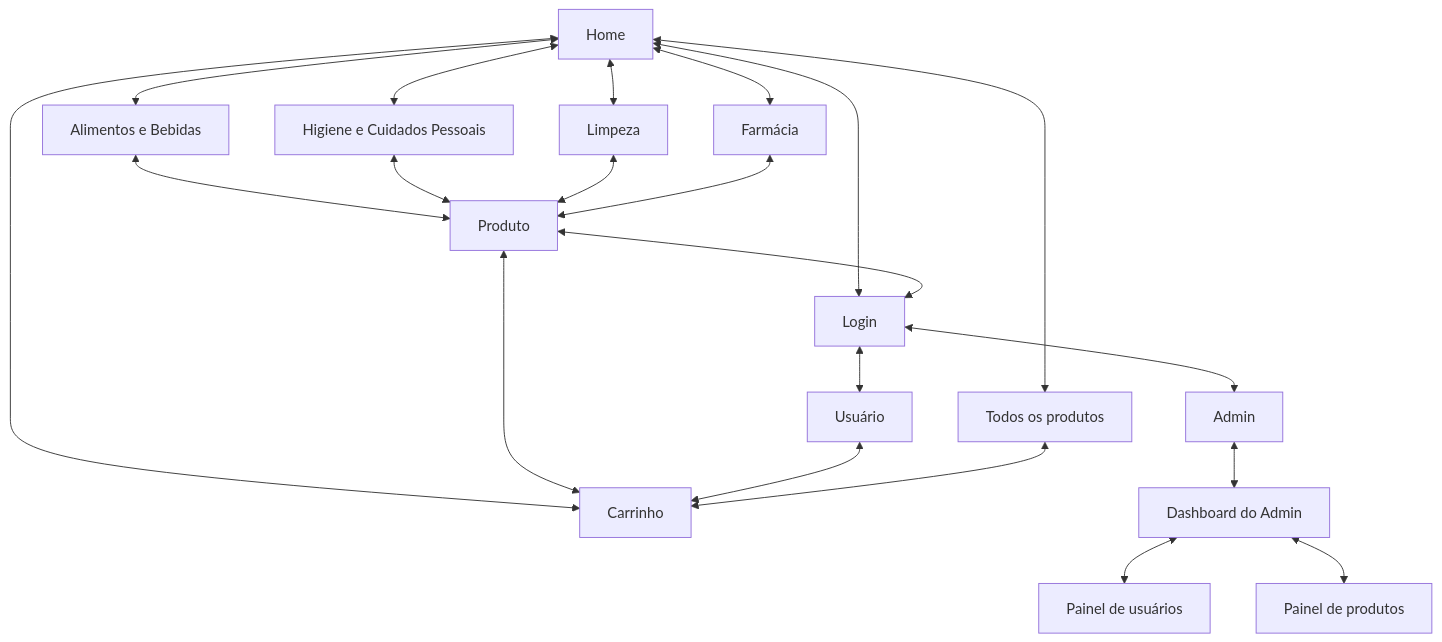
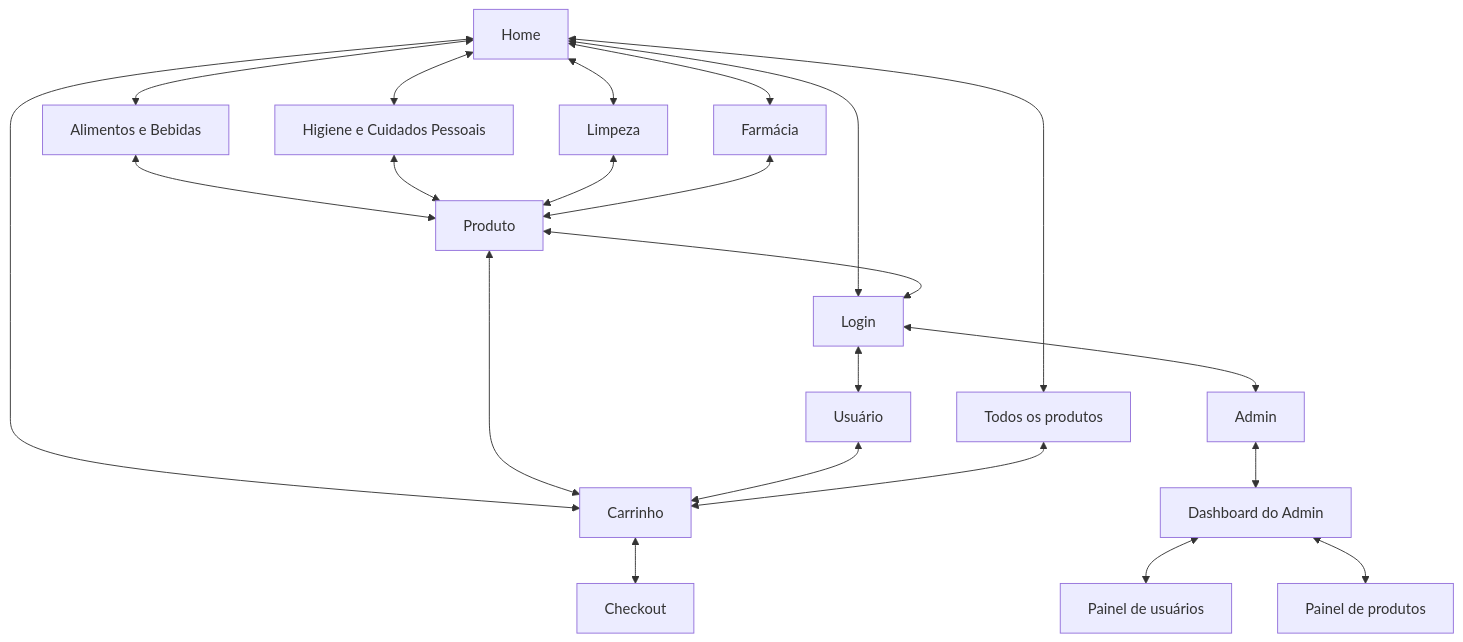
The diagram in README.md (joaopgodoy/online_store_project), drawn with Mermaid before and after one commit.

Commit message:
NEW: diagram checkout

````diff
--- a/README.md
+++ b/README.md
@@ -50,59 +50,61 @@
 ```mermaid
 graph TD
   Home[Home]
   Alimentos[Alimentos e Bebidas]
   Higiene[Higiene e Cuidados Pessoais]
   Limpeza[Limpeza]
   Farmacia[Farmácia]
   Produto[Produto]
   Carrinho[Carrinho]
   Login[Login]
   Usuario[Usuário]
   Admin[Admin]
   Dashboard[Dashboard do Admin]
   PainelUsuarios[Painel de usuários]
   PainelProdutos[Painel de produtos]
   TodosProdutos[Todos os produtos]
+  Checkout[Checkout]
 
   %% Ligações
   Home <--> Alimentos
   Home <--> Higiene
   Home <--> Limpeza
   Home <--> Farmacia
   Home <--> Carrinho
   Home <--> Login
   Home <--> TodosProdutos
 
   Alimentos <--> Produto
   Higiene <--> Produto
   Limpeza <--> Produto
   Farmacia <--> Produto
 
   Produto <--> Carrinho
   Produto <--> Login
 
   Login <--> Usuario
   Usuario <--> Carrinho
   TodosProdutos <--> Carrinho
+  Carrinho <--> Checkout
 
   Login <--> Admin
   Admin <--> Dashboard
 
   Dashboard <--> PainelUsuarios
   Dashboard <--> PainelProdutos
 
   %% Links nos nós
   click Home "https://github.com/joaopgodoy/online_store_project/blob/main/mockups/index_01.png" _blank
   click Carrinho "https://github.com/joaopgodoy/online_store_project/blob/main/mockups/cart.png" _blank
   click Login "https://github.com/joaopgodoy/online_store_project/blob/main/mockups/login.png" _blank
   click Alimentos "https://github.com/joaopgodoy/online_store_project/blob/main/mockups/alimentos.jpeg" _blank
   click Higiene "https://github.com/joaopgodoy/online_store_project/blob/main/mockups/higiene.jpeg" _blank
   click Limpeza "https://github.com/joaopgodoy/online_store_project/blob/main/mockups/limpeza.jpeg" _blank
   click Farmacia "https://github.com/joaopgodoy/online_store_project/blob/main/mockups/farmacia.jpeg" _blank
   click Produto "https://github.com/joaopgodoy/online_store_project/blob/main/mockups/product.jpeg" _blank
   click Usuario "https://github.com/joaopgodoy/online_store_project/blob/main/mockups/user.jpeg" _blank
   click PainelUsuarios "https://github.com/joaopgodoy/online_store_project/blob/main/mockups/admin_dashboard_users.jpeg" _blank
   click PainelProdutos "https://github.com/joaopgodoy/online_store_project/blob/main/mockups/admin_dashboard_products.jpeg" _blank
   click TodosProdutos "https://github.com/joaopgodoy/online_store_project/blob/main/mockups/all_products.jpeg" _blank
-
+  click Checkout "https://github.com/joaopgodoy/online_store_project/blob/main/mockups/code.jpeg" _blank
 ```
````
